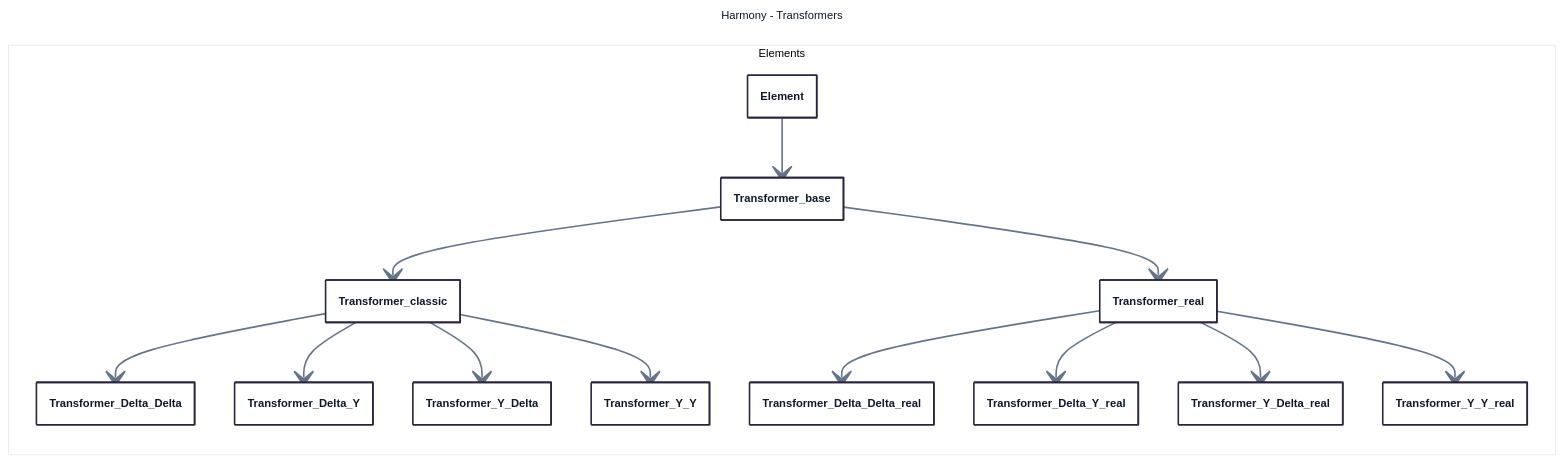
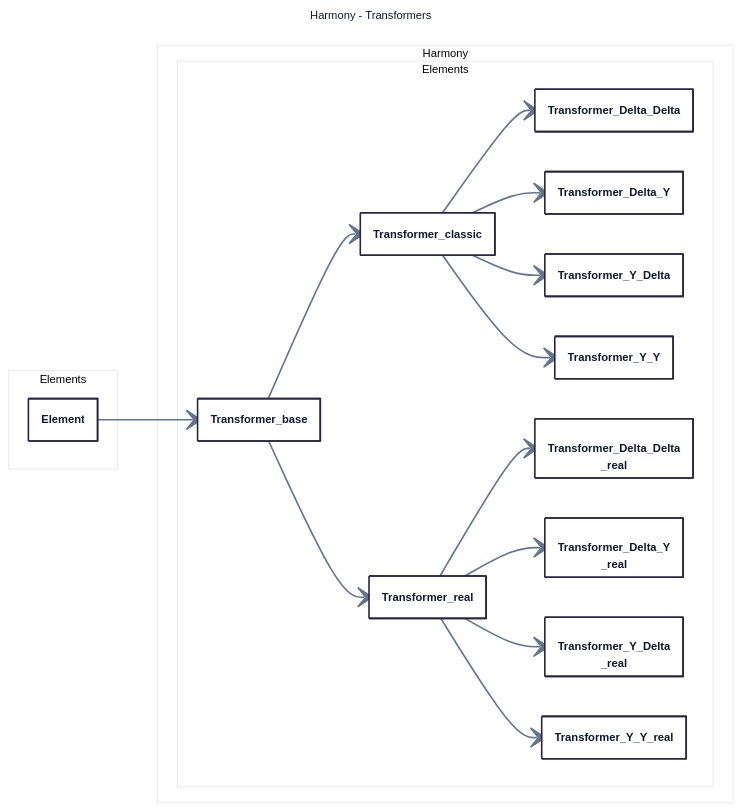
Before and after one commit to yiquintero/tmp: the fourth of 4 diagrams in class_diagram.md, drawn with Mermaid.

Commit message:
Refactor transformer classes into Harmony.Elements namespace
Moved transformer classes to the Harmony.Elements namespace and updated their definitions.

````diff
--- a/class_diagram.md
+++ b/class_diagram.md
@@ -185,47 +185,47 @@
 ```mermaid
 ---
 title: Harmony - Transformers
 config:
   theme: redux-color
   themeVariables:
     fontFamily: Segoe UI, -apple-system, BlinkMacSystemFont, sans-serif
     lineColor: "#64748B"
     primaryTextColor: "#0F172A"
   flowchart:
     wrappingWidth: 450
   class:
     hideEmptyMembersBox: true
     padding: 16
 ---
 classDiagram
   direction LR
 
   namespace Elements {
     class Element {}
   }
 
-  namespace Elements {
-    class Transformer_base {}
-    class Transformer_classic {}
-    class Transformer_Delta_Delta_real {}
-    class Transformer_Delta_Delta {}
-    class Transformer_Delta_Y_real {}
-    class Transformer_Delta_Y {}
-    class Transformer_real {}
-    class Transformer_Y_Delta_real {}
-    class Transformer_Y_Delta {}
-    class Transformer_Y_Y_real {}
-    class Transformer_Y_Y {}
+namespace Harmony.Elements {
+    class Transformer_base
+    class Transformer_classic
+    class Transformer_real
+    class Transformer_Delta_Delta["Transformer_Delta_Delta"]
+    class Transformer_Delta_Delta_real["Transformer_Delta_Delta<br/>_real"]
+    class Transformer_Delta_Y["Transformer_Delta_Y"]
+    class Transformer_Delta_Y_real["Transformer_Delta_Y<br/>_real"]
+    class Transformer_Y_Delta["Transformer_Y_Delta"]
+    class Transformer_Y_Delta_real["Transformer_Y_Delta<br/>_real"]
+    class Transformer_Y_Y["Transformer_Y_Y"]
+    class Transformer_Y_Y_real["Transformer_Y_Y_real"]
   }
   Element --> Transformer_base
   Transformer_base --> Transformer_classic
   Transformer_base --> Transformer_real
   Transformer_classic --> Transformer_Delta_Delta
   Transformer_classic --> Transformer_Delta_Y
   Transformer_classic --> Transformer_Y_Delta
   Transformer_classic --> Transformer_Y_Y
   Transformer_real --> Transformer_Delta_Delta_real
   Transformer_real --> Transformer_Delta_Y_real
   Transformer_real --> Transformer_Y_Delta_real
   Transformer_real --> Transformer_Y_Y_real
 ```
````
